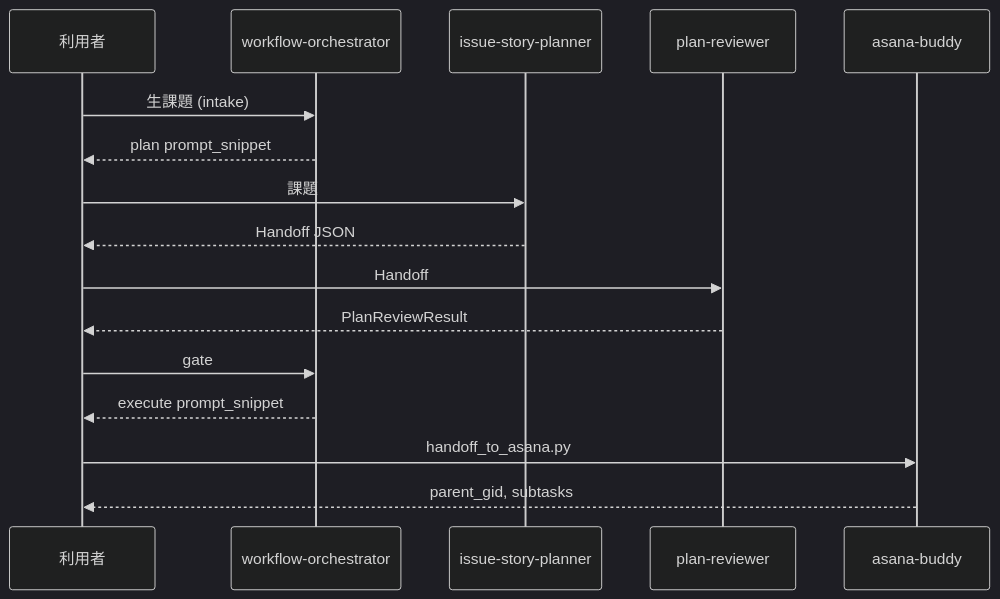
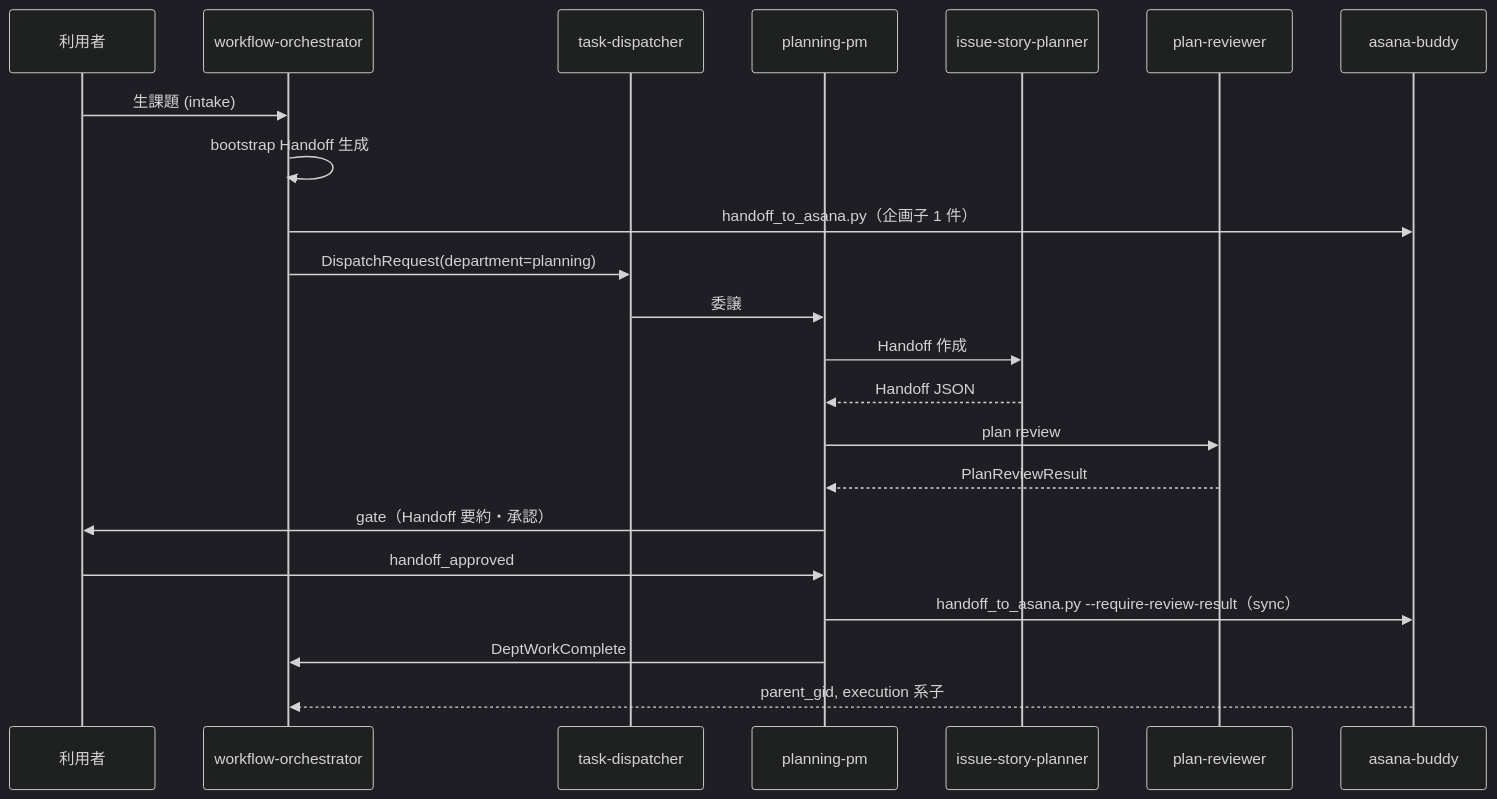
The second of 3 diagrams in output/development/specs/agent-composition-spec.md (shin16m/org-operations-agents), drawn with Mermaid (dark theme) before and after one commit. The commit also changed other lines of this file and 88 other files, not shown here.

````diff
--- a/output/development/specs/agent-composition-spec.md
+++ b/output/development/specs/agent-composition-spec.md
@@ -318,19 +294,25 @@
 ```mermaid
 sequenceDiagram
   participant U as 利用者
   participant O as workflow-orchestrator
+  participant D as task-dispatcher
+  participant PM as planning-pm
   participant P as issue-story-planner
   participant R as plan-reviewer
   participant A as asana-buddy
 
   U->>O: 生課題 (intake)
-  O-->>U: plan prompt_snippet
-  U->>P: 課題
-  P-->>U: Handoff JSON
-  U->>R: Handoff
-  R-->>U: PlanReviewResult
-  U->>O: gate
-  O-->>U: execute prompt_snippet
-  U->>A: handoff_to_asana.py
-  A-->>U: parent_gid, subtasks
+  O->>O: bootstrap Handoff 生成
+  O->>A: handoff_to_asana.py（企画子 1 件）
+  O->>D: DispatchRequest(department=planning)
+  D->>PM: 委譲
+  PM->>P: Handoff 作成
+  P-->>PM: Handoff JSON
+  PM->>R: plan review
+  R-->>PM: PlanReviewResult
+  PM->>U: gate（Handoff 要約・承認）
+  U->>PM: handoff_approved
+  PM->>A: handoff_to_asana.py --require-review-result（sync）
+  PM->>O: DeptWorkComplete
+  A-->>O: parent_gid, execution 系子
 ```
````
